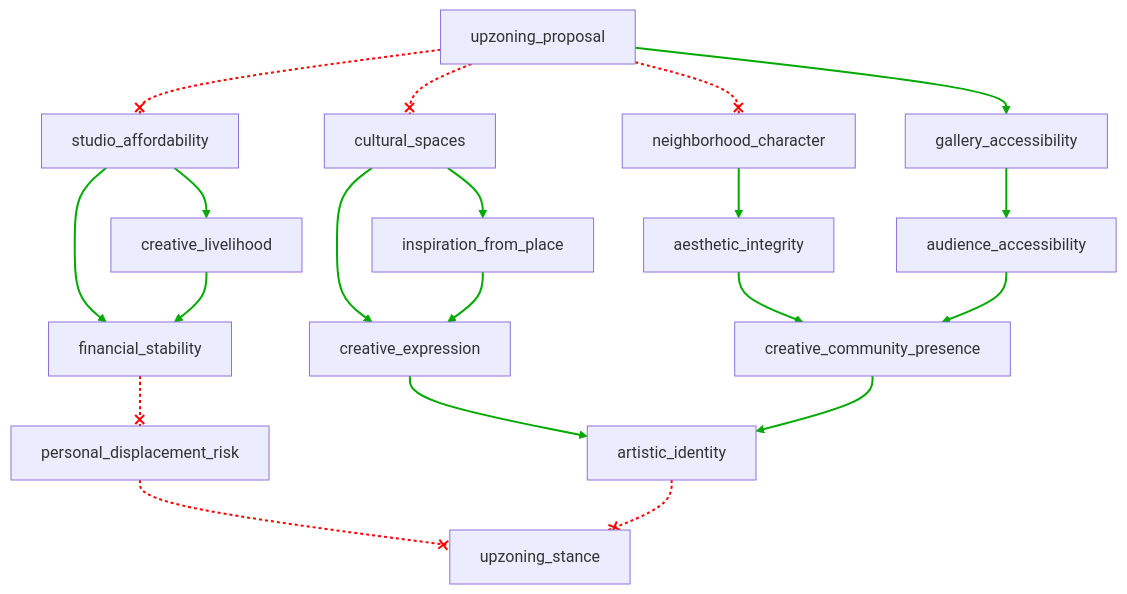
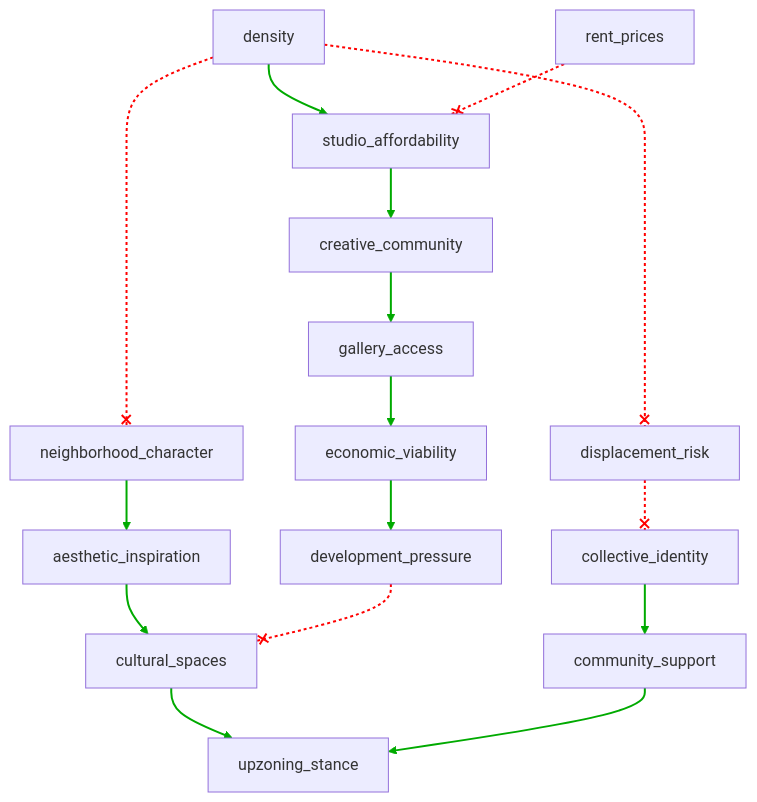
One commit to jajamoa/generative-minds changed the diagram in data/samples_scm/sample_2.mmd. Above: the diagram before and after it, drawn with Mermaid. The commit also changed 115 other files, not shown here.

````diff
--- a/data/samples_scm/sample_2.mmd
+++ b/data/samples_scm/sample_2.mmd
@@ -1,58 +1,47 @@
 ```mermaid
 flowchart TD
-    n1[upzoning_proposal]
-    n2[studio_affordability]
-    n3[cultural_spaces]
-    n4[neighborhood_character]
-    n5[gallery_accessibility]
-    n6[creative_livelihood]
-    n7[inspiration_from_place]
-    n8[aesthetic_integrity]
-    n9[audience_accessibility]
-    n10[financial_stability]
-    n11[creative_expression]
-    n12[creative_community_presence]
-    n13[personal_displacement_risk]
-    n14[artistic_identity]
-    n15[upzoning_stance]
-    
-    n1 --x n2
-    n1 --x n3
-    n1 --x n4
-    n1 --> n5
-    n2 --> n6
-    n2 --> n10
-    n3 --> n7
-    n3 --> n11
-    n4 --> n8
-    n5 --> n9
-    n6 --> n10
-    n7 --> n11
-    n8 --> n12
-    n9 --> n12
-    n10 --x n13
-    n11 --> n14
-    n12 --> n14
-    n13 --x n15
-    n14 --x n15
-    
-    linkStyle 0 stroke:#FF0000,stroke-dasharray:3,stroke-width:2px
-    linkStyle 1 stroke:#FF0000,stroke-dasharray:3,stroke-width:2px
-    linkStyle 2 stroke:#FF0000,stroke-dasharray:3,stroke-width:2px
-    linkStyle 3 stroke:#00AA00,stroke-width:2px
-    linkStyle 4 stroke:#00AA00,stroke-width:2px
-    linkStyle 5 stroke:#00AA00,stroke-width:2px
-    linkStyle 6 stroke:#00AA00,stroke-width:2px
-    linkStyle 7 stroke:#00AA00,stroke-width:2px
-    linkStyle 8 stroke:#00AA00,stroke-width:2px
-    linkStyle 9 stroke:#00AA00,stroke-width:2px
-    linkStyle 10 stroke:#00AA00,stroke-width:2px
-    linkStyle 11 stroke:#00AA00,stroke-width:2px
-    linkStyle 12 stroke:#00AA00,stroke-width:2px
-    linkStyle 13 stroke:#00AA00,stroke-width:2px
-    linkStyle 14 stroke:#FF0000,stroke-dasharray:3,stroke-width:2px
-    linkStyle 15 stroke:#00AA00,stroke-width:2px
-    linkStyle 16 stroke:#00AA00,stroke-width:2px
-    linkStyle 17 stroke:#FF0000,stroke-dasharray:3,stroke-width:2px
-    linkStyle 18 stroke:#FF0000,stroke-dasharray:3,stroke-width:2px
-``` 
+n1[density]
+n2[studio_affordability]
+n3[neighborhood_character]
+n4[creative_community]
+n5[displacement_risk]
+n6[aesthetic_inspiration]
+n7[gallery_access]
+n8[collective_identity]
+n9[rent_prices]
+n10[economic_viability]
+n11[development_pressure]
+n12[cultural_spaces]
+n13[community_support]
+n14[upzoning_stance]
+n1 --> n2
+n1 --x n3
+n1 --x n5
+n2 --> n4
+n3 --> n6
+n4 --> n7
+n5 --x n8
+n6 --> n12
+n7 --> n10
+n8 --> n13
+n9 --x n2
+n10 --> n11
+n11 --x n12
+n12 --> n14
+n13 --> n14
+linkStyle 0 stroke:#00AA00,stroke-width:2px
+linkStyle 1 stroke:#FF0000,stroke-dasharray:3,stroke-width:2px
+linkStyle 2 stroke:#FF0000,stroke-dasharray:3,stroke-width:2px
+linkStyle 3 stroke:#00AA00,stroke-width:2px
+linkStyle 4 stroke:#00AA00,stroke-width:2px
+linkStyle 5 stroke:#00AA00,stroke-width:2px
+linkStyle 6 stroke:#FF0000,stroke-dasharray:3,stroke-width:2px
+linkStyle 7 stroke:#00AA00,stroke-width:2px
+linkStyle 8 stroke:#00AA00,stroke-width:2px
+linkStyle 9 stroke:#00AA00,stroke-width:2px
+linkStyle 10 stroke:#FF0000,stroke-dasharray:3,stroke-width:2px
+linkStyle 11 stroke:#00AA00,stroke-width:2px
+linkStyle 12 stroke:#FF0000,stroke-dasharray:3,stroke-width:2px
+linkStyle 13 stroke:#00AA00,stroke-width:2px
+linkStyle 14 stroke:#00AA00,stroke-width:2px
+```
````
